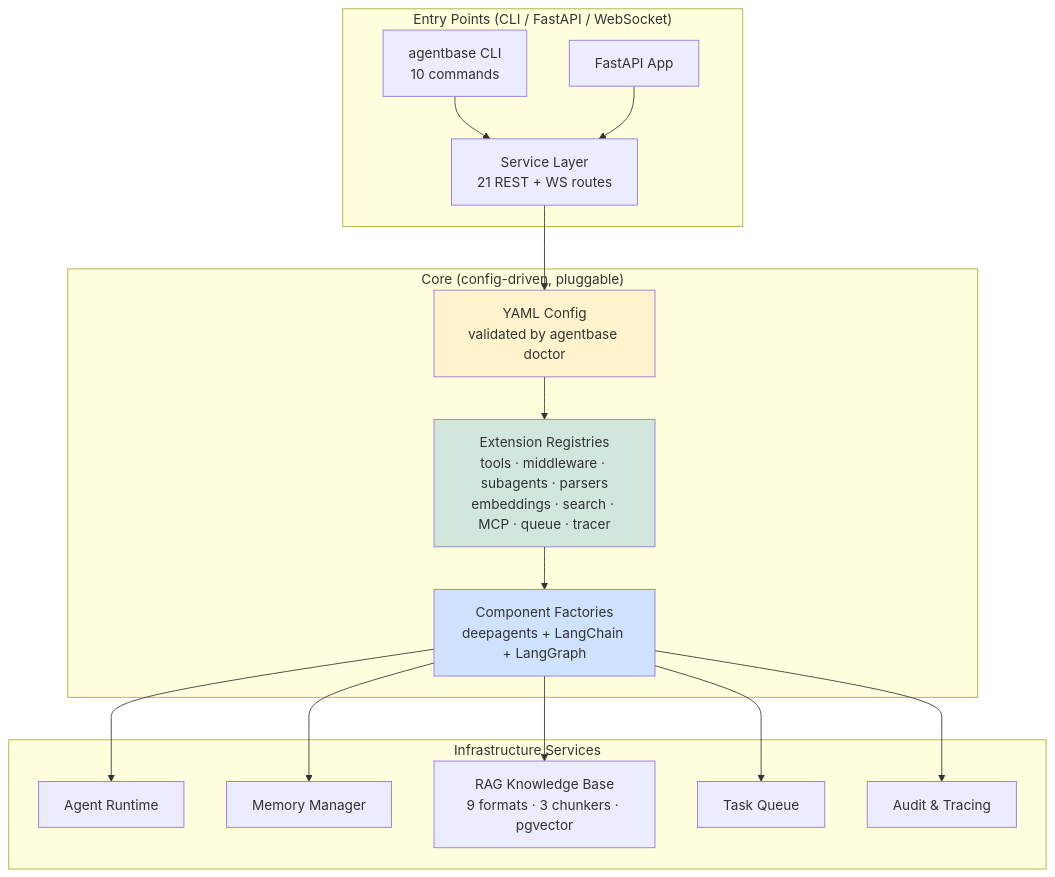
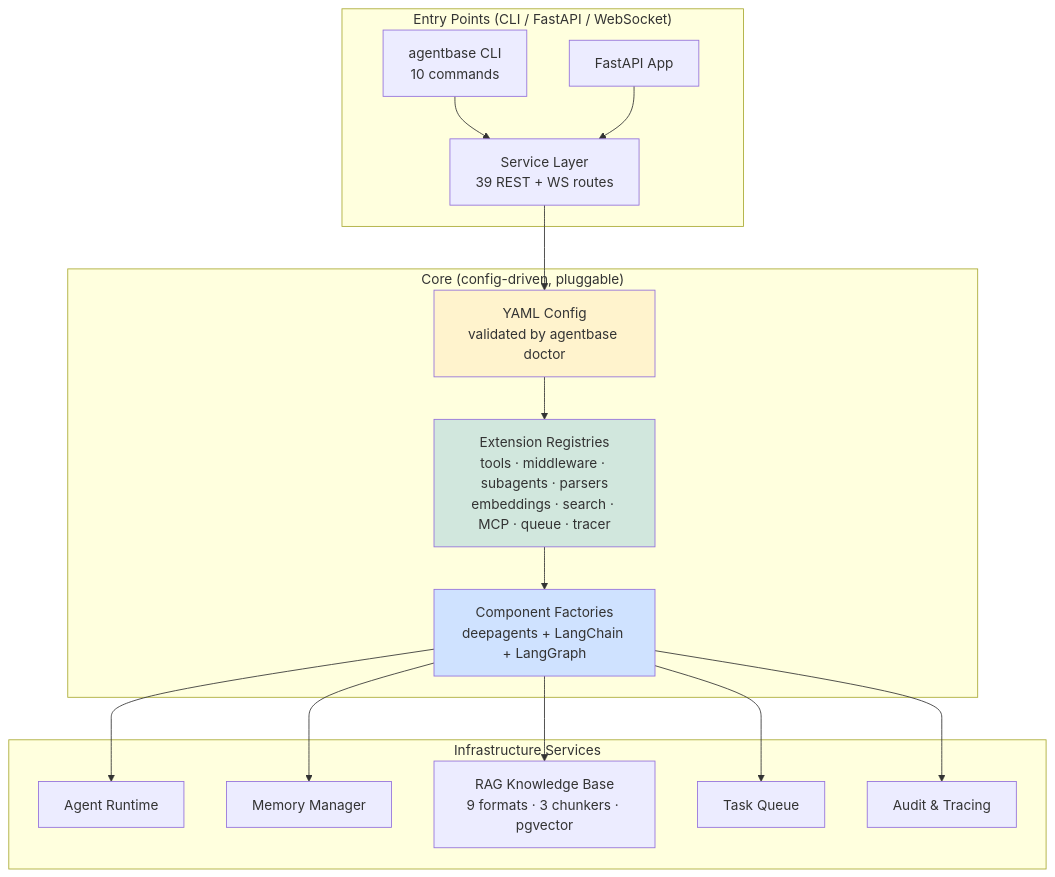
One commit to LPK3215/agentbase changed the diagram in README.md. Above: the diagram before and after it, drawn with Mermaid. The commit also changed other lines of this file and 16 other files, not shown here.

````diff
--- a/README.md
+++ b/README.md
@@ -34,25 +34,25 @@
 ```mermaid
 graph TD
     subgraph "Entry Points (CLI / FastAPI / WebSocket)"
-        A[agentbase CLI<br/>10 commands] --> C[Service Layer<br/>21 REST + WS routes]
+        A[agentbase CLI<br/>10 commands] --> C[Service Layer<br/>39 REST + WS routes]
         B[FastAPI App] --> C
     end
 
     subgraph "Core (config-driven, pluggable)"
         C --> D[YAML Config<br/>validated by agentbase doctor]
         D --> E[Extension Registries<br/>tools · middleware · subagents · parsers<br/>embeddings · search · MCP · queue · tracer]
         E --> F[Component Factories<br/>deepagents + LangChain + LangGraph]
     end
 
     subgraph "Infrastructure Services"
         F --> G[Agent Runtime]
         F --> H[Memory Manager]
         F --> I[RAG Knowledge Base<br/>9 formats · 3 chunkers · pgvector]
         F --> J[Task Queue]
         F --> K[Audit & Tracing]
     end
 
     style D fill:#fff3cd
     style E fill:#d1e7dd
     style F fill:#cfe2ff
 ```
````
